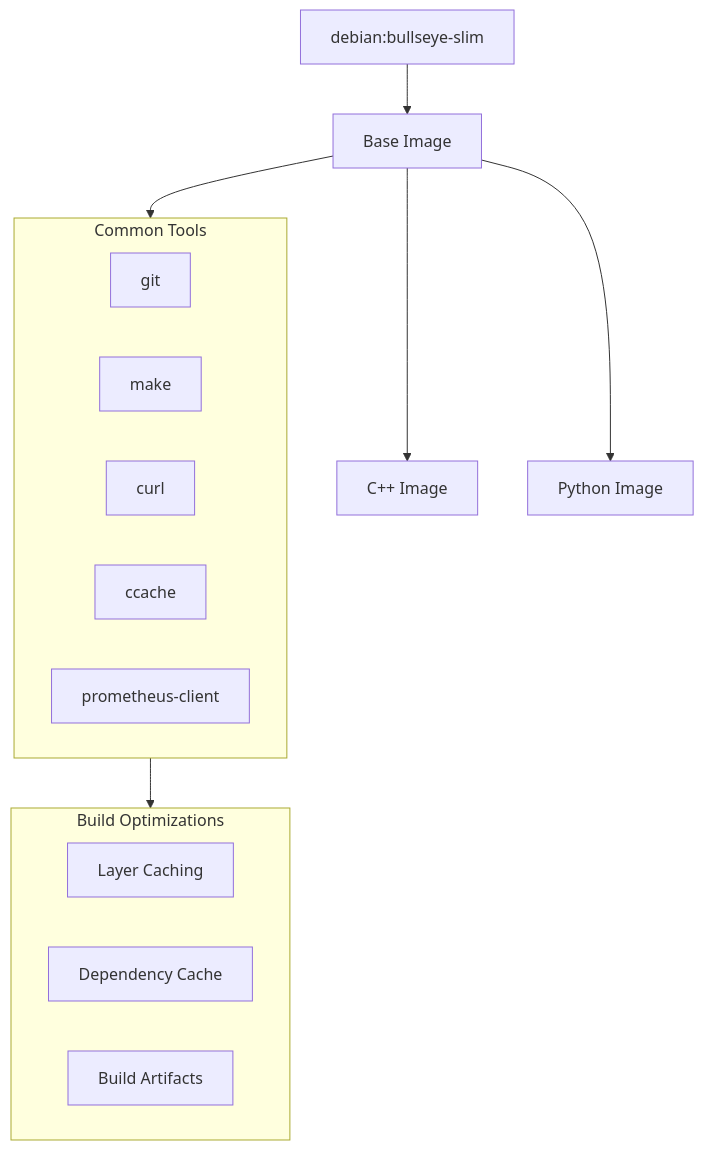
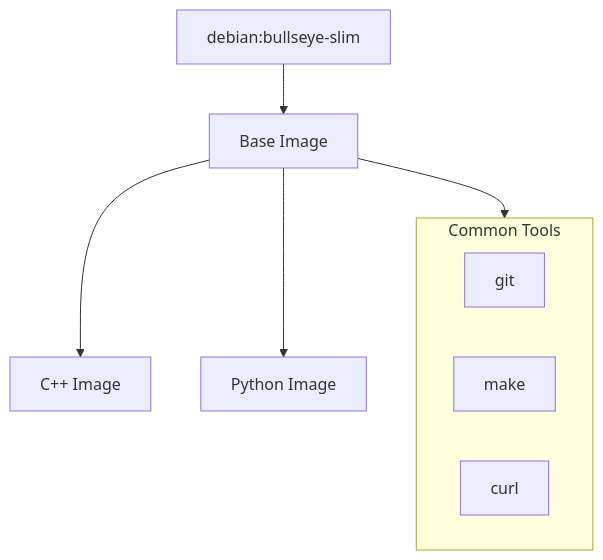
The fourth of 7 diagrams in memory-bank/systemPatterns.md (jlheater/test-project-123456), drawn with Mermaid before and after one commit. The commit also changed other lines of this file and 9 other files, not shown here.

````diff
--- a/memory-bank/systemPatterns.md
+++ b/memory-bank/systemPatterns.md
@@ -112,27 +119,18 @@
    ```mermaid
    flowchart TD
        Base["debian:bullseye-slim"]
        Common["Base Image"]
        CPP["C++ Image"]
        PY["Python Image"]
        
        Base --> Common
        Common --> CPP & PY
        
        subgraph Tools["Common Tools"]
            Git["git"]
            Make["make"]
            Curl["curl"]
-           Cache["ccache"]
-           Monitoring["prometheus-client"]
-       end
-       
-       subgraph Optimizations["Build Optimizations"]
-           Layer["Layer Caching"]
-           Deps["Dependency Cache"]
-           Artifacts["Build Artifacts"]
        end
        
        Common --> Tools
-       Tools --> Optimizations
    ```
````
